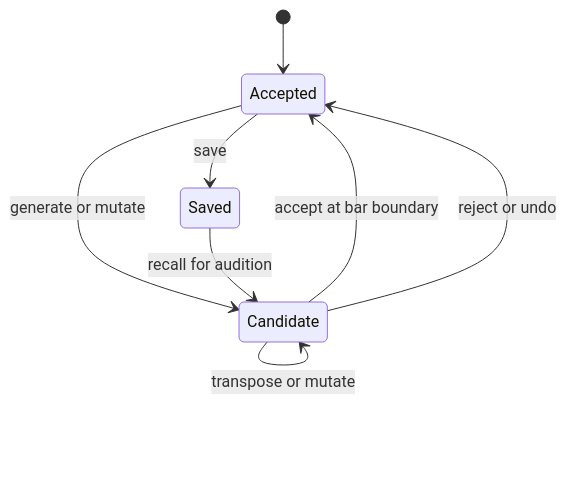
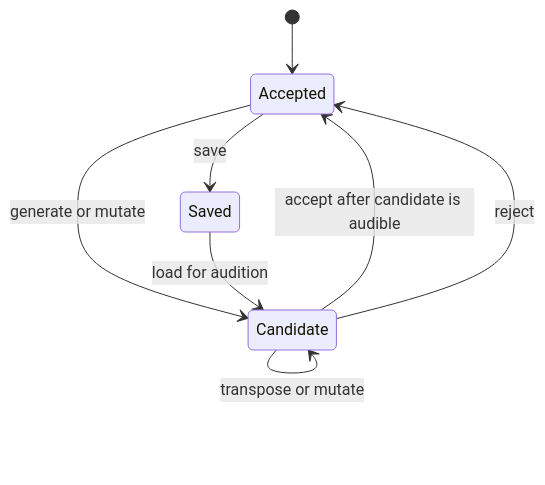
The diagram in lode/performance/candidate-workflow.md (colgreen/jam-weaver), drawn with Mermaid before and after one commit. The commit also changed other lines of this file and 9 other files, not shown here.

````diff
--- a/lode/performance/candidate-workflow.md
+++ b/lode/performance/candidate-workflow.md
@@ -16,10 +17,10 @@
 ```mermaid
 stateDiagram-v2
     [*] --> Accepted
     Accepted --> Candidate: generate or mutate
     Candidate --> Candidate: transpose or mutate
-    Candidate --> Accepted: accept at bar boundary
-    Candidate --> Accepted: reject or undo
+    Candidate --> Accepted: accept after candidate is audible
+    Candidate --> Accepted: reject
     Accepted --> Saved: save
-    Saved --> Candidate: recall for audition
+    Saved --> Candidate: load for audition
 ```
````
